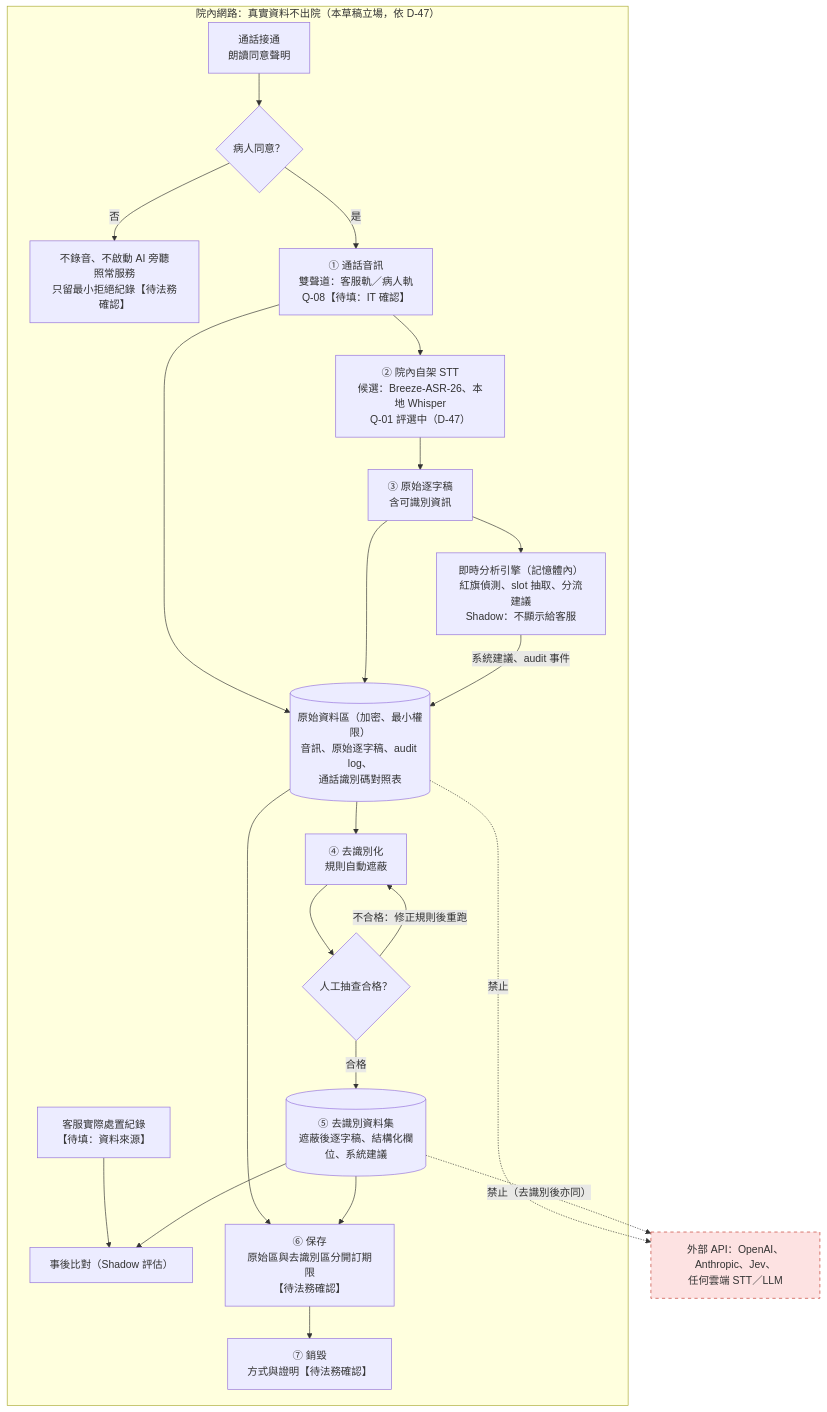
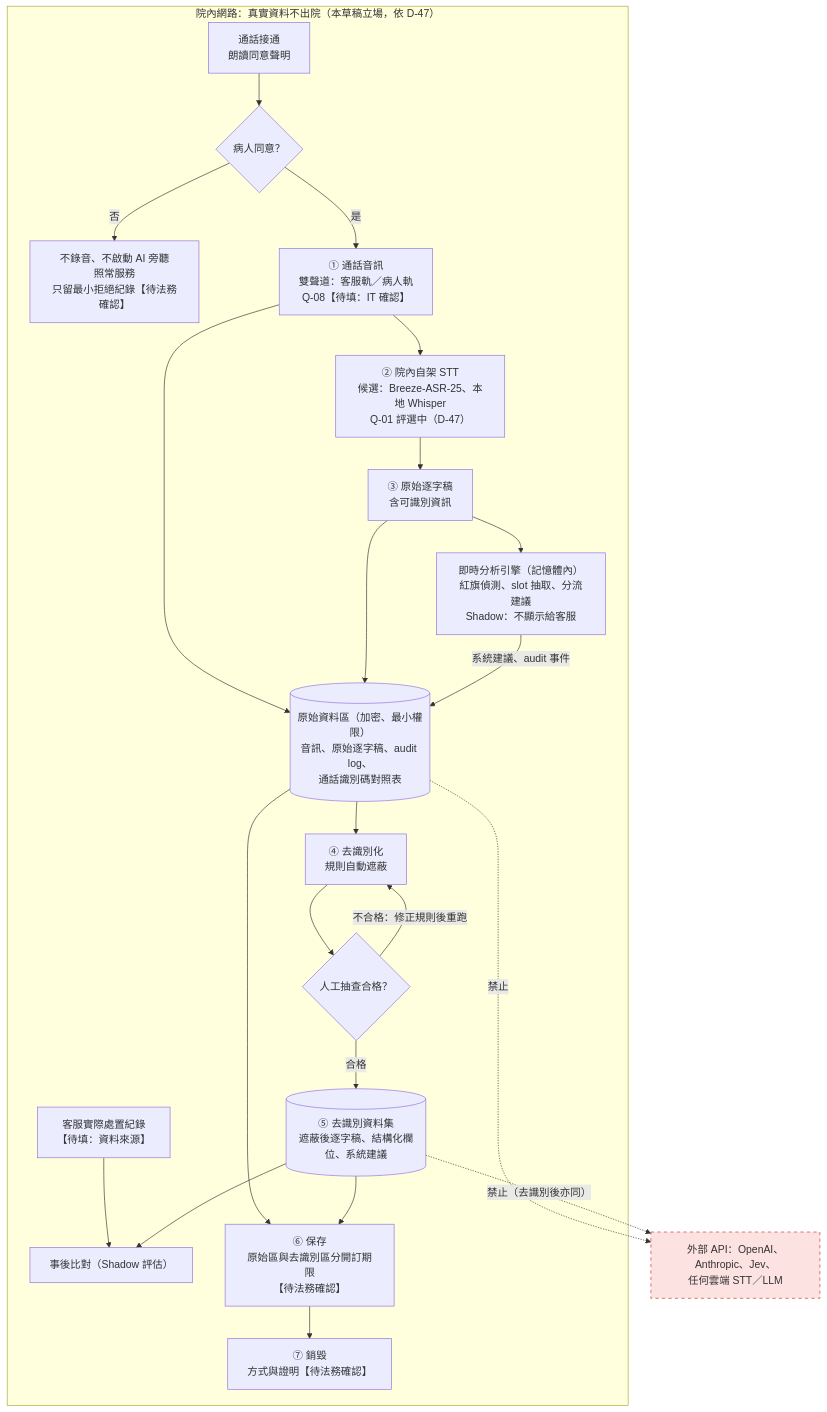
One commit to aijchsu-arch/acs_triage changed the diagram in docs/compliance/Q06_資料流程與保護措施_草稿.md. Above: the diagram before and after it, drawn with Mermaid. The commit also changed other lines of this file and 3 other files, not shown here.

Commit message:
D-48：STT 改測 Breeze-ASR-25（待 Mac Studio Ultra）、先用本機 Whisper；同意聲明採方案甲（先問症狀篩檢）

````diff
--- a/docs/compliance/Q06_資料流程與保護措施_草稿.md
+++ b/docs/compliance/Q06_資料流程與保護措施_草稿.md
@@ -25,28 +25,28 @@
 ```mermaid
 flowchart TD
     subgraph HOSP["院內網路：真實資料不出院（本草稿立場，依 D-47）"]
         S0["通話接通<br/>朗讀同意聲明"] --> C1{"病人同意？"}
         C1 -->|"否"| N1["不錄音、不啟動 AI 旁聽<br/>照常服務<br/>只留最小拒絕紀錄【待法務確認】"]
         C1 -->|"是"| A1["① 通話音訊<br/>雙聲道：客服軌／病人軌<br/>Q-08【待填：IT 確認】"]
-        A1 --> B1["② 院內自架 STT<br/>候選：Breeze-ASR-26、本地 Whisper<br/>Q-01 評選中（D-47）"]
+        A1 --> B1["② 院內自架 STT<br/>候選：Breeze-ASR-25、本地 Whisper<br/>Q-01 評選中（D-47）"]
         B1 --> T1["③ 原始逐字稿<br/>含可識別資訊"]
         T1 --> RT["即時分析引擎（記憶體內）<br/>紅旗偵測、slot 抽取、分流建議<br/>Shadow：不顯示給客服"]
         A1 --> RAW[("原始資料區（加密、最小權限）<br/>音訊、原始逐字稿、audit log、<br/>通話識別碼對照表")]
         T1 --> RAW
         RT -->|"系統建議、audit 事件"| RAW
         RAW --> D1["④ 去識別化<br/>規則自動遮蔽"]
         D1 --> QA{"人工抽查合格？"}
         QA -->|"不合格：修正規則後重跑"| D1
         QA -->|"合格"| F1[("⑤ 去識別資料集<br/>遮蔽後逐字稿、結構化欄位、系統建議")]
         K1["客服實際處置紀錄<br/>【待填：資料來源】"] --> CMP["事後比對（Shadow 評估）"]
         F1 --> CMP
         RAW --> ST["⑥ 保存<br/>原始區與去識別區分開訂期限<br/>【待法務確認】"]
         F1 --> ST
         ST --> X1["⑦ 銷毀<br/>方式與證明【待法務確認】"]
     end
     EXT["外部 API：OpenAI、Anthropic、Jev、<br/>任何雲端 STT／LLM"]
     RAW -.->|"禁止"| EXT
     F1 -.->|"禁止（去識別後亦同）"| EXT
     classDef blocked fill:#fde2e2,stroke:#c0392b,stroke-dasharray:5 5
     class EXT blocked
 ```
````
